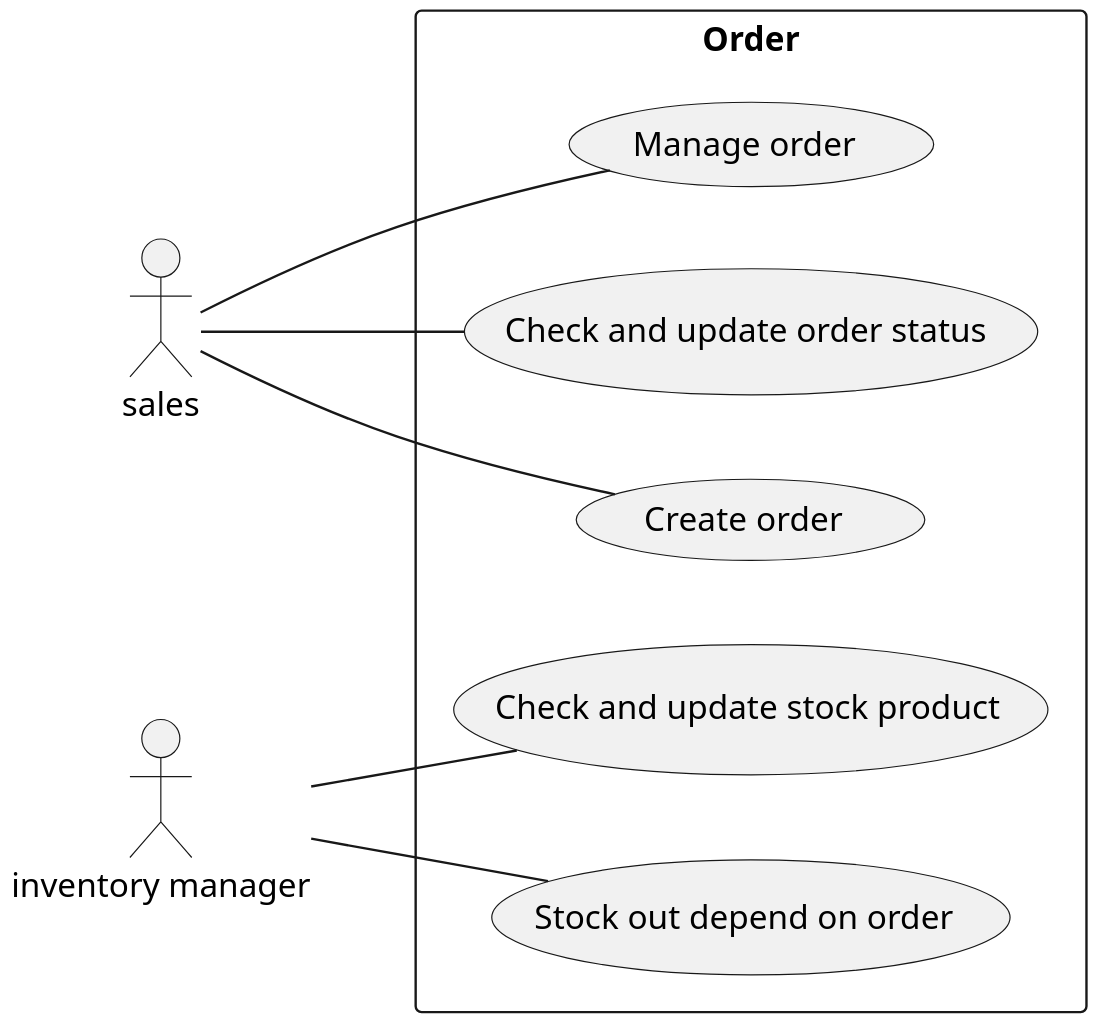
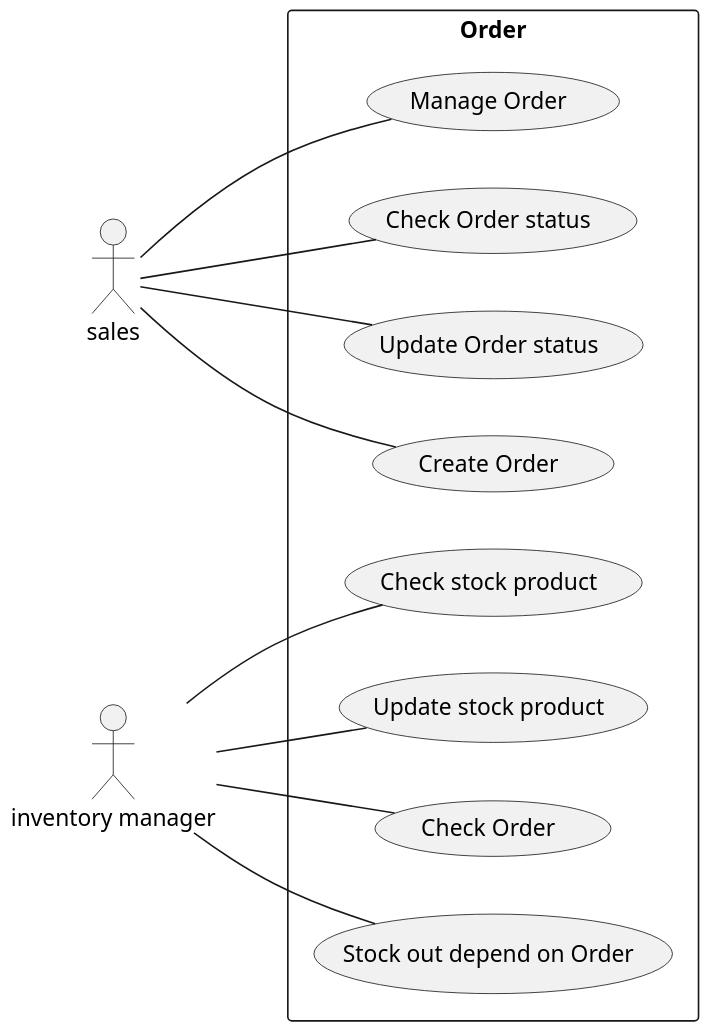
Before and after one commit to phihungha/scmss-reqs: the diagram in use-cases/Order.plantuml, drawn with PlantUML. The commit also changed 3 other files, not shown here.

```diff
--- a/use-cases/Order.plantuml
+++ b/use-cases/Order.plantuml
@@ -1,26 +1,31 @@
 @startuml sample
 
 left to right direction
 
 scale 1000 width
 scale 1000 height
 
 actor "sales" as sales
 actor "inventory manager" as im
 
 
 rectangle Order {
-  usecase "Manage order" as UC0
-  usecase "Check and update order status" as UC10
-  usecase "Create order" as UC1
-  usecase "Check and update stock product" as UC4
-  usecase "Check order" as UC5
-  usecase "Stock out depend on order" as UC5
+  usecase "Manage Order" as UC0
+  usecase "Check Order status" as UC1
+  usecase "Update Order status" as UC2
+  usecase "Create Order" as UC3
+  usecase "Check stock product" as UC4
+  usecase "Update stock product" as UC5
+  usecase "Check Order" as UC6
+  usecase "Stock out depend on Order" as UC7
   }
 
 sales -- UC0
-sales -- UC10
 sales -- UC1
+sales -- UC2
+sales -- UC3
+im -- UC4
 im -- UC5
-im -- UC4
+im -- UC6
+im -- UC7
 @enduml
```
